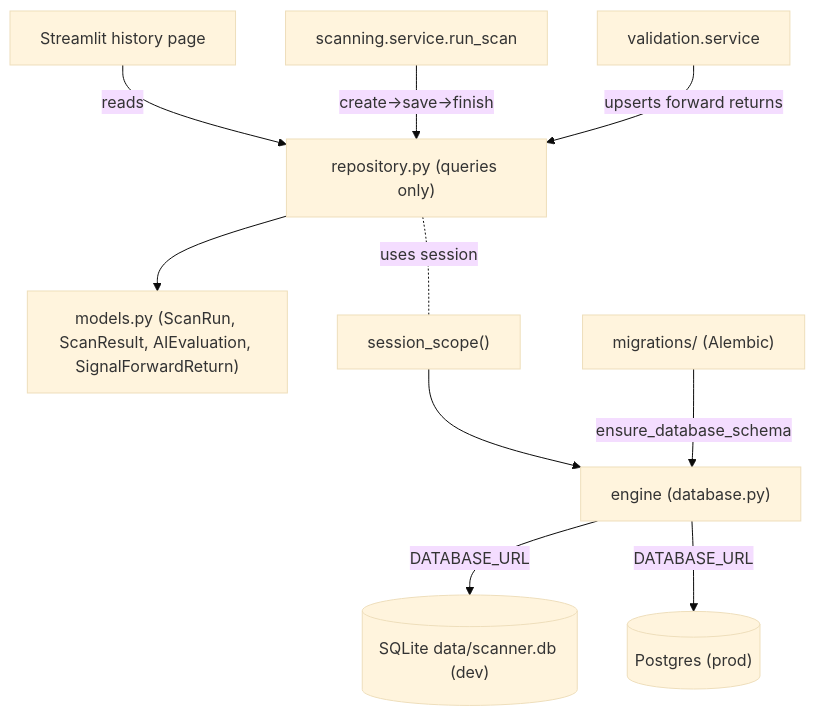
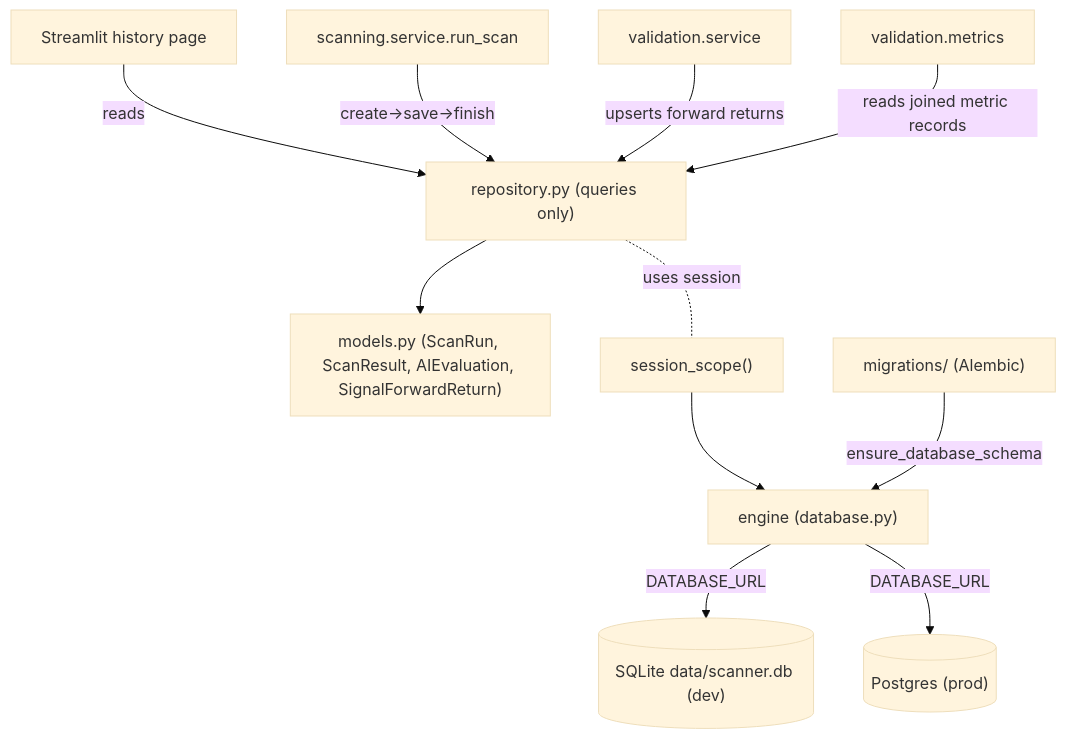
Before and after one commit to DoRmAmMu1997/Streamlit-Scanner-App: the diagram in docs/architecture/components/storage-persistence.md, drawn with Mermaid (base theme). The commit also changed other lines of this file and 11 other files, not shown here.

Commit message:
feat: add VALID-003A validation metrics service

````diff
--- a/docs/architecture/components/storage-persistence.md
+++ b/docs/architecture/components/storage-persistence.md
@@ -29,12 +29,13 @@
 ```mermaid
 flowchart TD
     UI["Streamlit history page"] -->|reads| REPO["repository.py (queries only)"]
     SVC["scanning.service.run_scan"] -->|create→save→finish| REPO
     VAL["validation.service"] -->|upserts forward returns| REPO
+    MET["validation.metrics"] -->|reads joined metric records| REPO
     REPO --> MODELS["models.py (ScanRun, ScanResult, AIEvaluation, SignalForwardReturn)"]
     REPO -.uses session.- SS["session_scope()"]
     SS --> ENG["engine (database.py)"]
     ENG -->|DATABASE_URL| SQLITE[("SQLite data/scanner.db (dev)")]
     ENG -->|DATABASE_URL| PG[("Postgres (prod)")]
     ALEMBIC["migrations/ (Alembic)"] -->|ensure_database_schema| ENG
 ```
````
